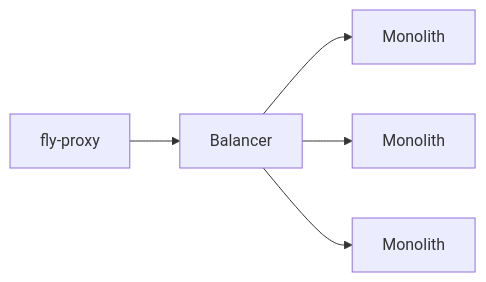
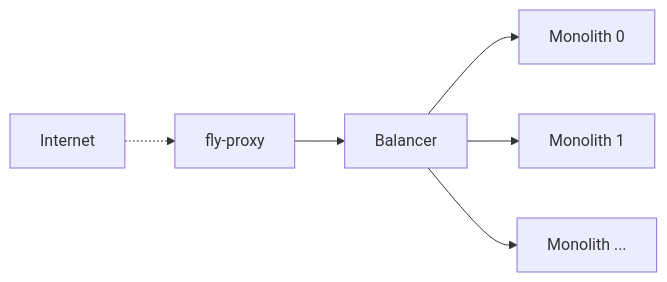
One commit to dyc3/senior-design changed the diagram in figures/api-balancer.mmd. Above: the diagram before and after it, drawn with Mermaid. The commit also changed 5 other files, not shown here.

```diff
--- a/figures/api-balancer.mmd
+++ b/figures/api-balancer.mmd
@@ -1,10 +1,11 @@
 flowchart LR
+    Internet -.-> fly-proxy
     fly-proxy --> Balancer
 
-    A[Monolith]
-    B[Monolith]
-    C[Monolith]
+    A[Monolith 0]
+    B[Monolith 1]
+    C[Monolith ...]
 
     Balancer --> A
     Balancer --> B
     Balancer --> C
```
